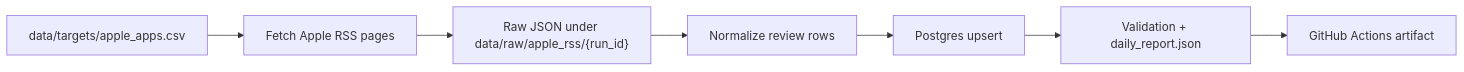
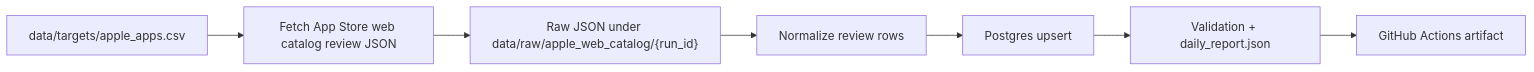
One commit to XVvvVX-bot/app-store-review-pipeline changed the first of 2 diagrams in README.md. Above: the diagram before and after it, drawn with Mermaid. The commit also changed other lines of this file and 10 other files, not shown here.

Commit message:
Promote web catalog backfill path [skip ci]

````diff
--- a/README.md
+++ b/README.md
@@ -22,9 +22,9 @@
 ```mermaid
 flowchart LR
-    A["data/targets/apple_apps.csv"] --> B["Fetch Apple RSS pages"]
-    B --> C["Raw JSON under data/raw/apple_rss/{run_id}"]
+    A["data/targets/apple_apps.csv"] --> B["Fetch App Store web catalog review JSON"]
+    B --> C["Raw JSON under data/raw/apple_web_catalog/{run_id}"]
     C --> D["Normalize review rows"]
     D --> E["Postgres upsert"]
     E --> F["Validation + daily_report.json"]
     F --> G["GitHub Actions artifact"]
 ```
````
